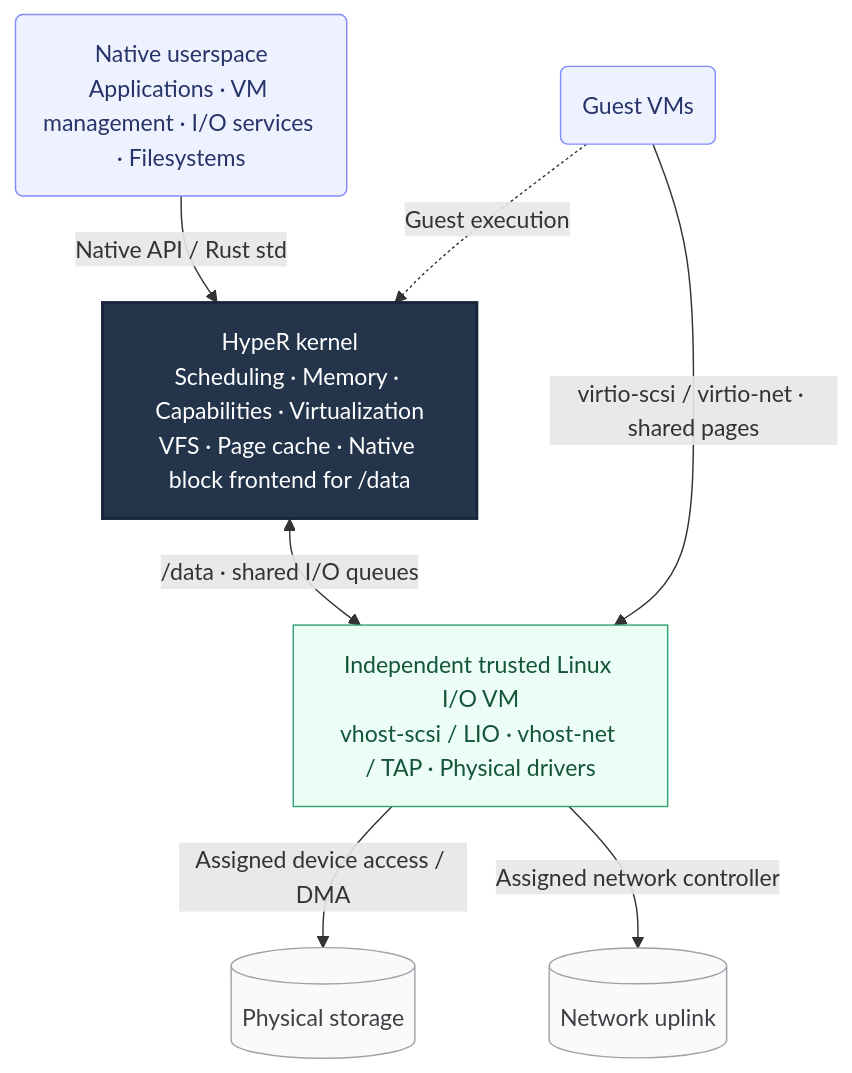
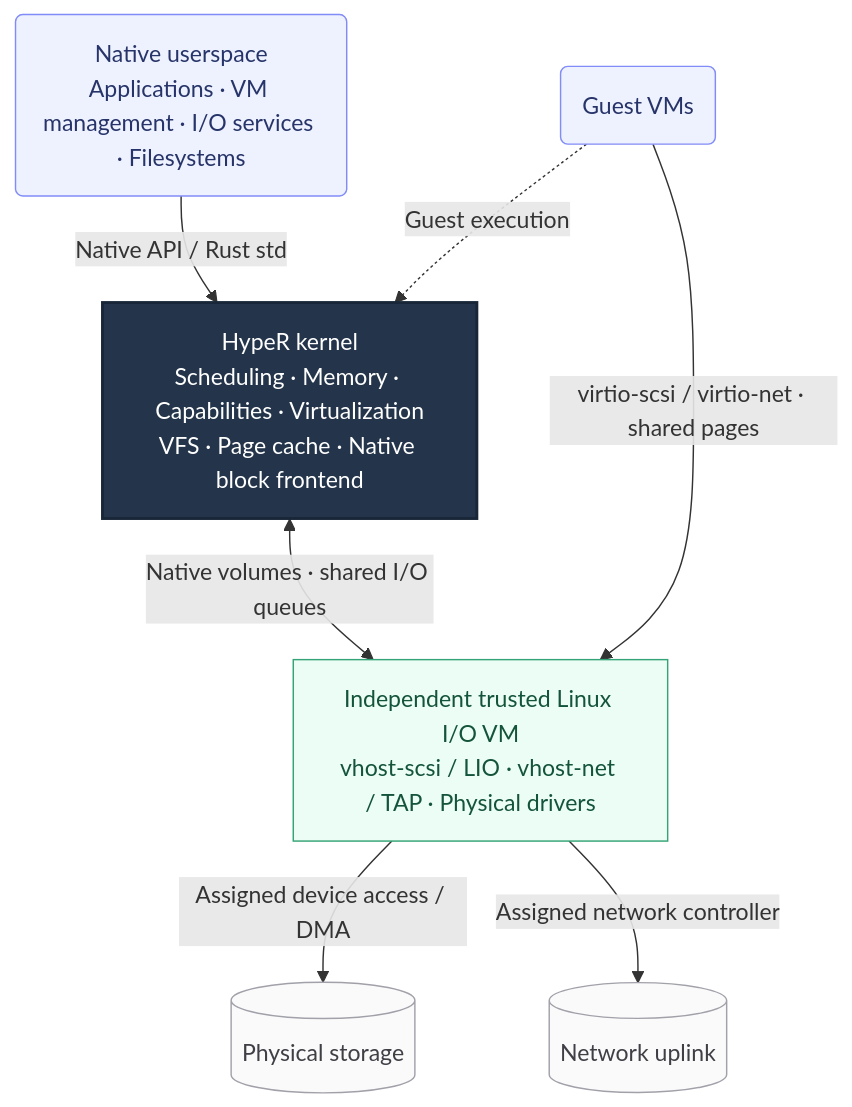
The diagram in README.md (HypeR-Proj/HypeR), drawn with Mermaid before and after one commit. The commit also changed other lines of this file and 536 other files, not shown here.

````diff
--- a/README.md
+++ b/README.md
@@ -25,26 +25,26 @@
 ```mermaid
 flowchart TB
     Apps("Native userspace<br/>Applications · VM management · I/O services · Filesystems")
     Guests("Guest VMs")
 
-    Kernel["HypeR kernel<br/>Scheduling · Memory · Capabilities · Virtualization<br/>VFS · Page cache · Native block frontend for /data"]
+    Kernel["HypeR kernel<br/>Scheduling · Memory · Capabilities · Virtualization<br/>VFS · Page cache · Native block frontend"]
     IO["Independent trusted Linux I/O VM<br/>vhost-scsi / LIO · vhost-net / TAP · Physical drivers"]
     Disk[("Physical storage")]
     Net[("Network uplink")]
 
     Apps -->|Native API / Rust std| Kernel
     Guests -.->|Guest execution| Kernel
     Guests -->|virtio-scsi / virtio-net · shared pages| IO
-    Kernel <-->|/data · shared I/O queues| IO
+    Kernel <-->|Native volumes · shared I/O queues| IO
     IO -->|Assigned device access / DMA| Disk
     IO -->|Assigned network controller| Net
 
     classDef client fill:#eef2ff,stroke:#818cf8,color:#273469
     classDef kernel fill:#24354b,stroke:#182638,color:#ffffff,stroke-width:2px
     classDef backend fill:#ecfdf5,stroke:#34a375,color:#14543b
     classDef device fill:#fafafa,stroke:#a1a1aa,color:#3f3f46
     class Apps,Guests client
     class Kernel kernel
     class IO backend
     class Disk,Net device
 ```
````
